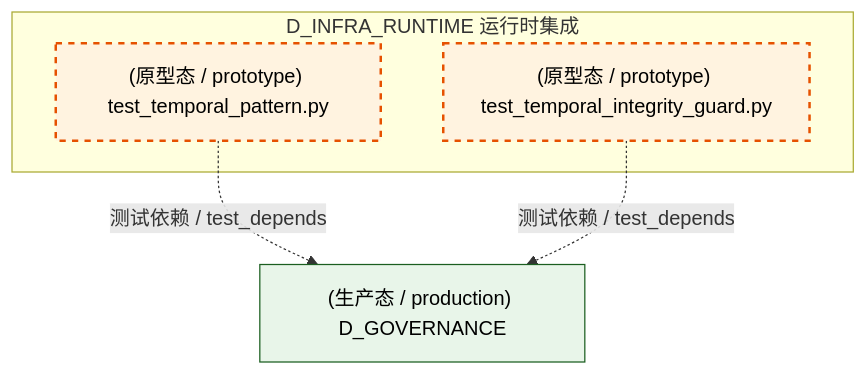
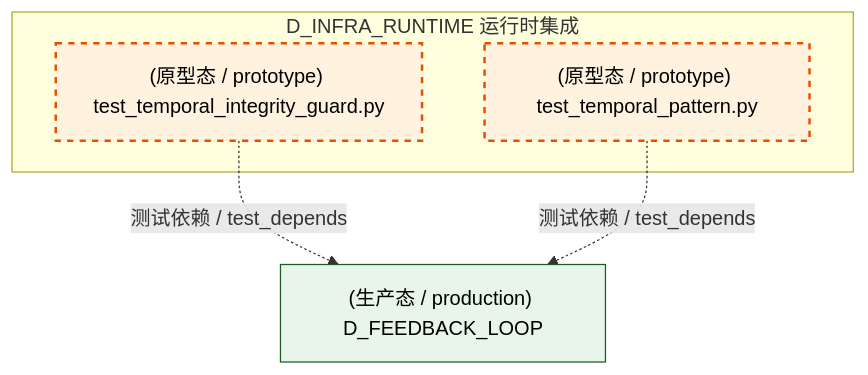
Diagram 11 of 15 in docs/02_enterprise_architecture/02_domain_architecture_docs/04_d_infra_runtime.md (xuanFelixVan/ZephyrAlpha), drawn with Mermaid before and after one commit. The commit also changed other lines of this file and 122 other files, not shown here.

````diff
--- a/docs/02_enterprise_architecture/02_domain_architecture_docs/04_d_infra_runtime.md
+++ b/docs/02_enterprise_architecture/02_domain_architecture_docs/04_d_infra_runtime.md
@@ -1254,16 +1253,16 @@
 ```mermaid
 graph TD
     subgraph D_INFRA_RUNTIME["D_INFRA_RUNTIME 运行时集成"]
         tests_temporal_test_temporal_integrity_guard_py["(原型态 / prototype) test_temporal_integrity_guard.py"]
         tests_temporal_test_temporal_pattern_py["(原型态 / prototype) test_temporal_pattern.py"]
     end
-    D_GOVERNANCE["(生产态 / production) D_GOVERNANCE"]
-    tests_temporal_test_temporal_pattern_py -.->|测试依赖 / test_depends| D_GOVERNANCE
-    tests_temporal_test_temporal_integrity_guard_py -.->|测试依赖 / test_depends| D_GOVERNANCE
+    D_FEEDBACK_LOOP["(生产态 / production) D_FEEDBACK_LOOP"]
+    tests_temporal_test_temporal_integrity_guard_py -.->|测试依赖 / test_depends| D_FEEDBACK_LOOP
+    tests_temporal_test_temporal_pattern_py -.->|测试依赖 / test_depends| D_FEEDBACK_LOOP
     classDef production fill:#e1f5fe,stroke:#01579b,stroke-width:2px,color:#000
     classDef design fill:#fff3e0,stroke:#e65100,stroke-width:2px,color:#000,stroke-dasharray: 5 5
     classDef external_prod fill:#e8f5e9,stroke:#1b5e20,stroke-width:1px,color:#000
     classDef external_design fill:#fce4ec,stroke:#880e4f,stroke-width:1px,color:#000,stroke-dasharray: 5 5
     class tests_temporal_test_temporal_integrity_guard_py,tests_temporal_test_temporal_pattern_py design
-    class D_GOVERNANCE external_prod
+    class D_FEEDBACK_LOOP external_prod
 ```
````
